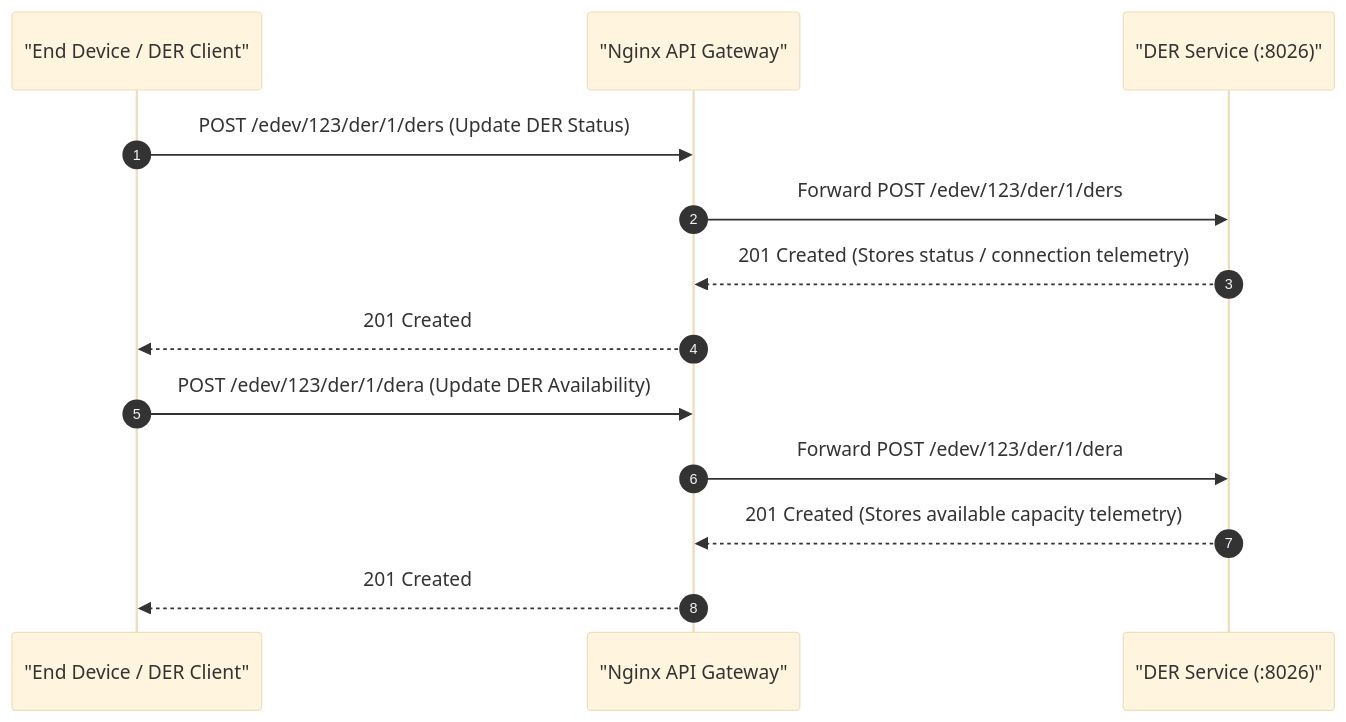
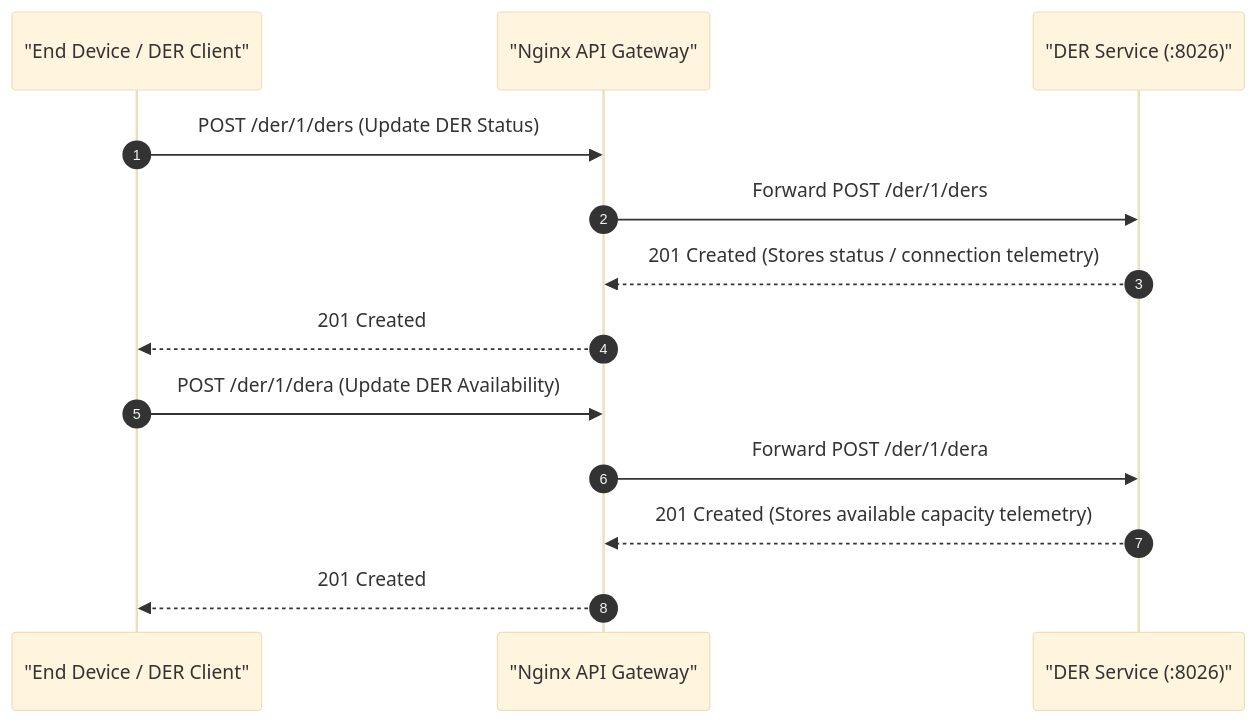
The fourth of 5 diagrams in lifecycles/frequency_response.md (Tylores/egot), drawn with Mermaid (base theme) before and after one commit. The commit also changed other lines of this file and 18 other files, not shown here.

````diff
--- a/lifecycles/frequency_response.md
+++ b/lifecycles/frequency_response.md
@@ -104,17 +104,17 @@
 ```mermaid
 sequenceDiagram
     autonumber
     participant Client as "End Device / DER Client"
     participant GW as "Nginx API Gateway"
     participant DER as "DER Service (:8026)"
 
-    Client->>GW: POST /edev/123/der/1/ders (Update DER Status)
-    GW->>DER: Forward POST /edev/123/der/1/ders
+    Client->>GW: POST /der/1/ders (Update DER Status)
+    GW->>DER: Forward POST /der/1/ders
     DER-->>GW: 201 Created (Stores status / connection telemetry)
     GW-->>Client: 201 Created
 
-    Client->>GW: POST /edev/123/der/1/dera (Update DER Availability)
-    GW->>DER: Forward POST /edev/123/der/1/dera
+    Client->>GW: POST /der/1/dera (Update DER Availability)
+    GW->>DER: Forward POST /der/1/dera
     DER-->>GW: 201 Created (Stores available capacity telemetry)
     GW-->>Client: 201 Created
 ```
````
